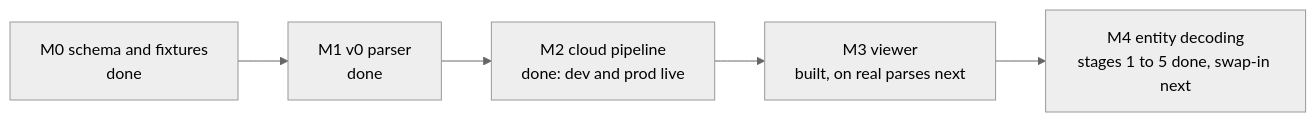
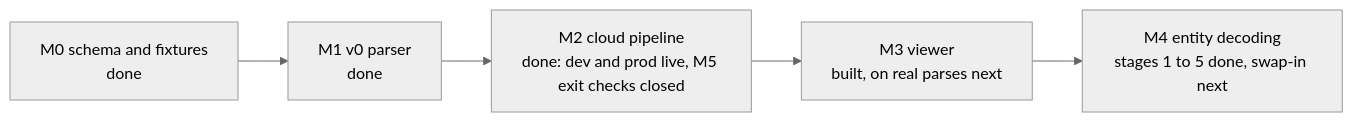
Before and after one commit to ChiemekaKalu/demoView: the second of 2 diagrams in .claude/wiki/README.md, drawn with Mermaid (neutral theme). The commit also changed other lines of this file and 7 other files, not shown here.

First line of the commit message:
docs(wiki): record the built swap-in, the closed M5 exit checks and more tournament-demo fixes

````diff
--- a/.claude/wiki/README.md
+++ b/.claude/wiki/README.md
@@ -60,7 +60,7 @@
 ```mermaid
 flowchart LR
     M0[M0 schema and fixtures<br/>done] --> M1[M1 v0 parser<br/>done]
-    M1 --> M2[M2 cloud pipeline<br/>done: dev and prod live]
+    M1 --> M2[M2 cloud pipeline<br/>done: dev and prod live, M5 exit checks closed]
     M2 --> M3[M3 viewer<br/>built, on real parses next]
     M3 --> M4[M4 entity decoding<br/>stages 1 to 5 done, swap-in next]
 ```
````
